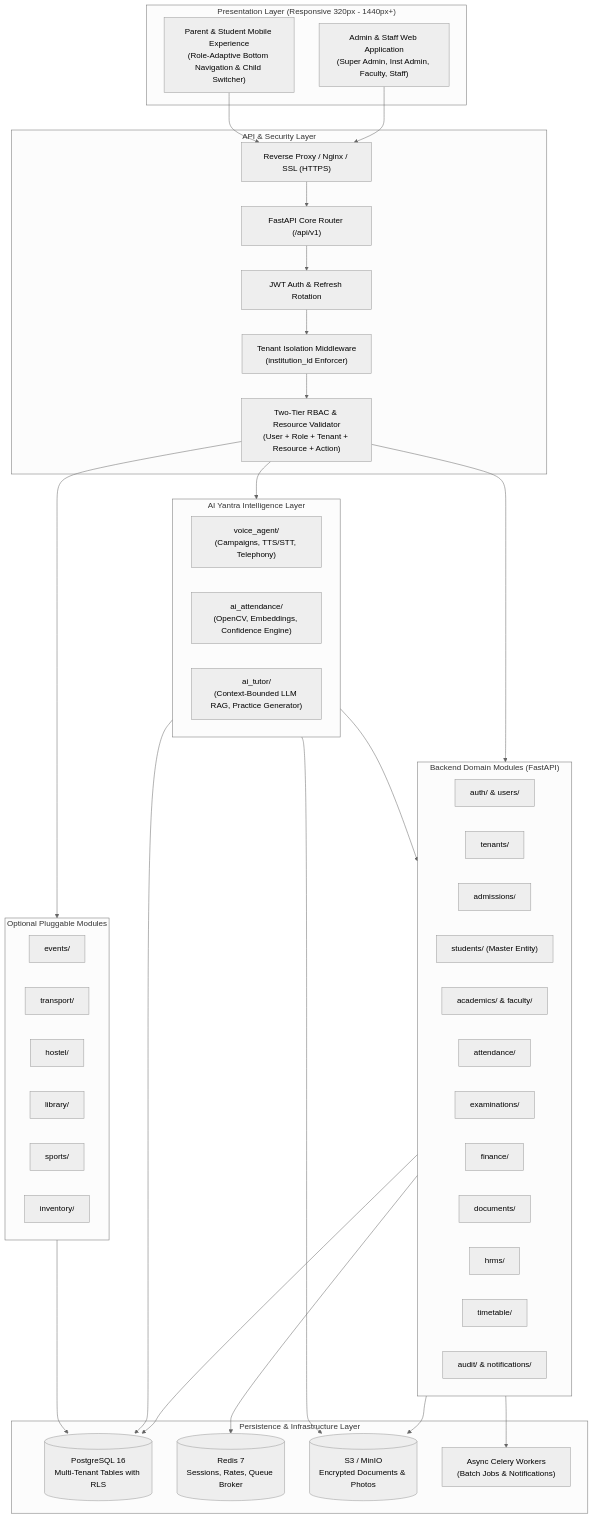
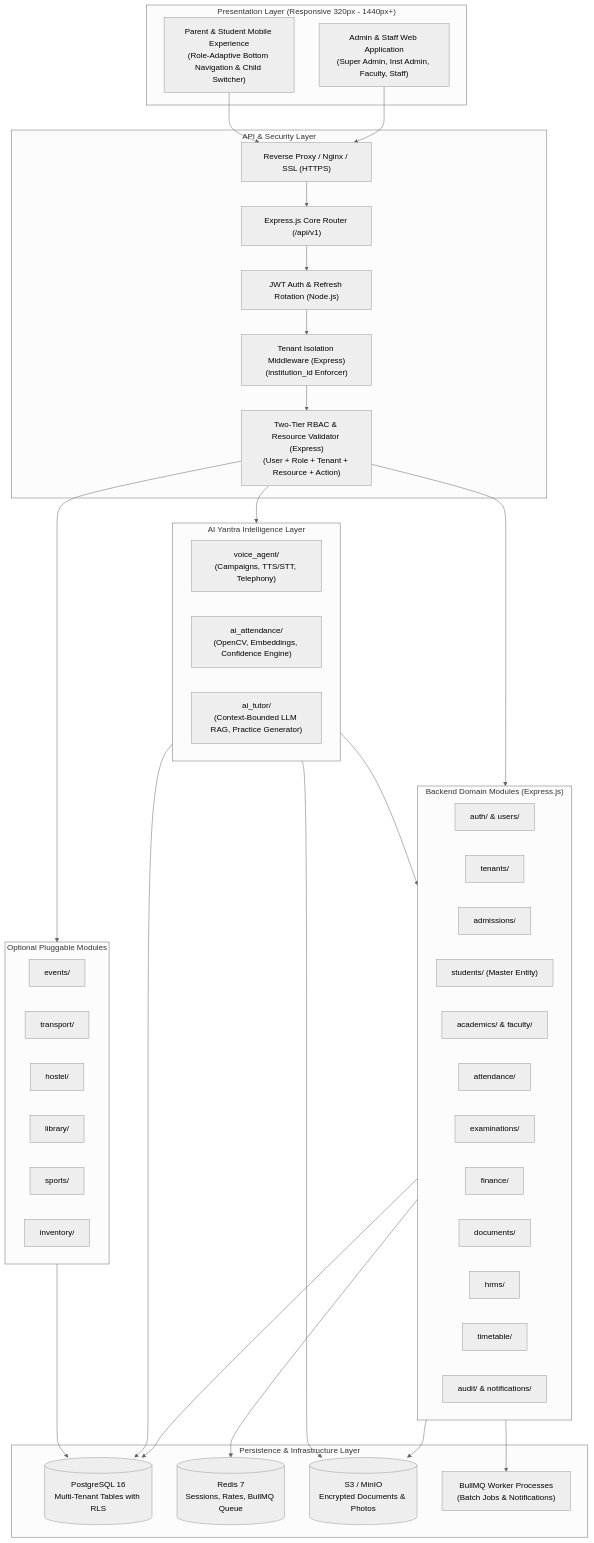
The first of 2 diagrams in docs/TECH_SPEC.md (laxminivas06/vidforum), drawn with Mermaid (neutral theme) before and after one commit. The commit also changed other lines of this file and 100 other files, not shown here.

````diff
--- a/docs/TECH_SPEC.md
+++ b/docs/TECH_SPEC.md
@@ -35,72 +198,123 @@
 ```mermaid
+
 graph TD
-    subgraph Clients["Presentation Layer (Responsive 320px - 1440px+)"]
-        AdminWeb["Admin & Staff Web Application<br/>(Super Admin, Inst Admin, Faculty, Staff)"]
-        MobileApp["Parent & Student Mobile Experience<br/>(Role-Adaptive Bottom Navigation & Child Switcher)"]
-    end
 
-    subgraph Gateway["API & Security Layer"]
-        ReverseProxy["Reverse Proxy / Nginx / SSL (HTTPS)"]
-        APIGateway["FastAPI Core Router (/api/v1)"]
-        AuthMiddleware["JWT Auth & Refresh Rotation"]
-        TenantMiddleware["Tenant Isolation Middleware<br/>(institution_id Enforcer)"]
-        RBACMiddleware["Two-Tier RBAC & Resource Validator<br/>(User + Role + Tenant + Resource + Action)"]
-    end
+    subgraph Clients["Presentation Layer (Responsive 320px - 1440px+)"]
 
-    subgraph CoreServices["Backend Domain Modules (FastAPI)"]
-        AuthModule["auth/ & users/"]
-        TenantModule["tenants/"]
-        AdmissionsModule["admissions/"]
-        StudentsModule["students/ (Master Entity)"]
-        AcademicsModule["academics/ & faculty/"]
-        AttendanceModule["attendance/"]
-        ExamsModule["examinations/"]
-        FinanceModule["finance/"]
-        DocumentsModule["documents/"]
-        HRMSModule["hrms/"]
-        TimetableModule["timetable/"]
-        AuditModule["audit/ & notifications/"]
-    end
+        AdminWeb["Admin & Staff Web Application<br/>(Super Admin, Inst Admin, Faculty, Staff)"]
 
-    subgraph AIYantraServices["AI Yantra Intelligence Layer"]
-        VoiceAgent["voice_agent/<br/>(Campaigns, TTS/STT, Telephony)"]
-        AIAttendance["ai_attendance/<br/>(OpenCV, Embeddings, Confidence Engine)"]
-        AITutor["ai_tutor/<br/>(Context-Bounded LLM RAG, Practice Generator)"]
-    end
+        MobileApp["Parent & Student Mobile Experience<br/>(Role-Adaptive Bottom Navigation & Child Switcher)"]
 
-    subgraph OptionalModules["Optional Pluggable Modules"]
-        EventsMod["events/"]
-        TransportMod["transport/"]
-        HostelMod["hostel/"]
-        LibraryMod["library/"]
-        SportsMod["sports/"]
-        InventoryMod["inventory/"]
-    end
+    end
 
-    subgraph Persistence["Persistence & Infrastructure Layer"]
-        PostgresDB[(PostgreSQL 16<br/>Multi-Tenant Tables with RLS)]
-        RedisCache[(Redis 7<br/>Sessions, Rates, Queue Broker)]
-        ObjectStorage[(S3 / MinIO<br/>Encrypted Documents & Photos)]
-        BackgroundWorkers["Async Celery Workers<br/>(Batch Jobs & Notifications)"]
-    end
+    subgraph Gateway["API & Security Layer"]
 
-    AdminWeb --> ReverseProxy
-    MobileApp --> ReverseProxy
-    ReverseProxy --> APIGateway
-    APIGateway --> AuthMiddleware --> TenantMiddleware --> RBACMiddleware
+        ReverseProxy["Reverse Proxy / Nginx / SSL (HTTPS)"]
 
-    RBACMiddleware --> CoreServices
-    RBACMiddleware --> AIYantraServices
-    RBACMiddleware --> OptionalModules
+        APIGateway["Express.js Core Router (/api/v1)"]
 
-    CoreServices --> PostgresDB
-    CoreServices --> RedisCache
-    CoreServices --> ObjectStorage
-    CoreServices --> BackgroundWorkers
+        AuthMiddleware["JWT Auth & Refresh Rotation (Node.js)"]
 
-    AIYantraServices --> CoreServices
-    AIYantraServices --> PostgresDB
-    AIYantraServices --> ObjectStorage
+        TenantMiddleware["Tenant Isolation Middleware (Express)<br/>(institution_id Enforcer)"]
 
-    OptionalModules --> PostgresDB
+        RBACMiddleware["Two-Tier RBAC & Resource Validator (Express)<br/>(User + Role + Tenant + Resource + Action)"]
+
+    end
+
+    subgraph CoreServices["Backend Domain Modules (Express.js)"]
+
+        AuthModule["auth/ & users/"]
+
+        TenantModule["tenants/"]
+
+        AdmissionsModule["admissions/"]
+
+        StudentsModule["students/ (Master Entity)"]
+
+        AcademicsModule["academics/ & faculty/"]
+
+        AttendanceModule["attendance/"]
+
+        ExamsModule["examinations/"]
+
+        FinanceModule["finance/"]
+
+        DocumentsModule["documents/"]
+
+        HRMSModule["hrms/"]
+
+        TimetableModule["timetable/"]
+
+        AuditModule["audit/ & notifications/"]
+
+    end
+
+    subgraph AIYantraServices["AI Yantra Intelligence Layer"]
+
+        VoiceAgent["voice_agent/<br/>(Campaigns, TTS/STT, Telephony)"]
+
+        AIAttendance["ai_attendance/<br/>(OpenCV, Embeddings, Confidence Engine)"]
+
+        AITutor["ai_tutor/<br/>(Context-Bounded LLM RAG, Practice Generator)"]
+
+    end
+
+    subgraph OptionalModules["Optional Pluggable Modules"]
+
+        EventsMod["events/"]
+
+        TransportMod["transport/"]
+
+        HostelMod["hostel/"]
+
+        LibraryMod["library/"]
+
+        SportsMod["sports/"]
+
+        InventoryMod["inventory/"]
+
+    end
+
+    subgraph Persistence["Persistence & Infrastructure Layer"]
+
+        PostgresDB[(PostgreSQL 16<br/>Multi-Tenant Tables with RLS)]
+
+        RedisCache[(Redis 7<br/>Sessions, Rates, BullMQ Queue)]
+
+        ObjectStorage[(S3 / MinIO<br/>Encrypted Documents & Photos)]
+
+        BackgroundWorkers["BullMQ Worker Processes<br/>(Batch Jobs & Notifications)"]
+
+    end
+
+    AdminWeb --> ReverseProxy
+
+    MobileApp --> ReverseProxy
+
+    ReverseProxy --> APIGateway
+
+    APIGateway --> AuthMiddleware --> TenantMiddleware --> RBACMiddleware
+
+    RBACMiddleware --> CoreServices
+
+    RBACMiddleware --> AIYantraServices
+
+    RBACMiddleware --> OptionalModules
+
+    CoreServices --> PostgresDB
+
+    CoreServices --> RedisCache
+
+    CoreServices --> ObjectStorage
+
+    CoreServices --> BackgroundWorkers
+
+    AIYantraServices --> CoreServices
+
+    AIYantraServices --> PostgresDB
+
+    AIYantraServices --> ObjectStorage
+
+    OptionalModules --> PostgresDB
+
 ```
````
